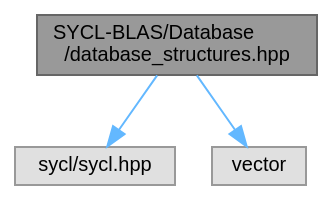
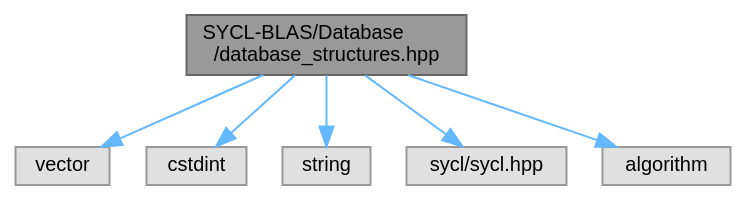
Before and after one commit to Mayukh-Banik/SYCL-BLAS: the diagram in docs/database__structures_8hpp__incl.dot, drawn with Graphviz. The commit also changed 261 other files, not shown here.

```diff
--- a/docs/database__structures_8hpp__incl.dot
+++ b/docs/database__structures_8hpp__incl.dot
@@ -1,12 +1,18 @@
 digraph "SYCL-BLAS/Database/database_structures.hpp"
 {
  // LATEX_PDF_SIZE
   bgcolor="transparent";
   edge [fontname=Helvetica,fontsize=10,labelfontname=Helvetica,labelfontsize=10];
   node [fontname=Helvetica,fontsize=10,shape=box,height=0.2,width=0.4];
   Node1 [id="Node000001",label="SYCL-BLAS/Database\l/database_structures.hpp",height=0.2,width=0.4,color="gray40", fillcolor="grey60", style="filled", fontcolor="black",tooltip=" "];
   Node1 -> Node2 [id="edge1_Node000001_Node000002",color="steelblue1",style="solid",tooltip=" "];
-  Node2 [id="Node000002",label="sycl/sycl.hpp",height=0.2,width=0.4,color="grey60", fillcolor="#E0E0E0", style="filled",tooltip=" "];
+  Node2 [id="Node000002",label="vector",height=0.2,width=0.4,color="grey60", fillcolor="#E0E0E0", style="filled",tooltip=" "];
   Node1 -> Node3 [id="edge2_Node000001_Node000003",color="steelblue1",style="solid",tooltip=" "];
-  Node3 [id="Node000003",label="vector",height=0.2,width=0.4,color="grey60", fillcolor="#E0E0E0", style="filled",tooltip=" "];
+  Node3 [id="Node000003",label="cstdint",height=0.2,width=0.4,color="grey60", fillcolor="#E0E0E0", style="filled",tooltip=" "];
+  Node1 -> Node4 [id="edge3_Node000001_Node000004",color="steelblue1",style="solid",tooltip=" "];
+  Node4 [id="Node000004",label="string",height=0.2,width=0.4,color="grey60", fillcolor="#E0E0E0", style="filled",tooltip=" "];
+  Node1 -> Node5 [id="edge4_Node000001_Node000005",color="steelblue1",style="solid",tooltip=" "];
+  Node5 [id="Node000005",label="sycl/sycl.hpp",height=0.2,width=0.4,color="grey60", fillcolor="#E0E0E0", style="filled",tooltip=" "];
+  Node1 -> Node6 [id="edge5_Node000001_Node000006",color="steelblue1",style="solid",tooltip=" "];
+  Node6 [id="Node000006",label="algorithm",height=0.2,width=0.4,color="grey60", fillcolor="#E0E0E0", style="filled",tooltip=" "];
 }
```
